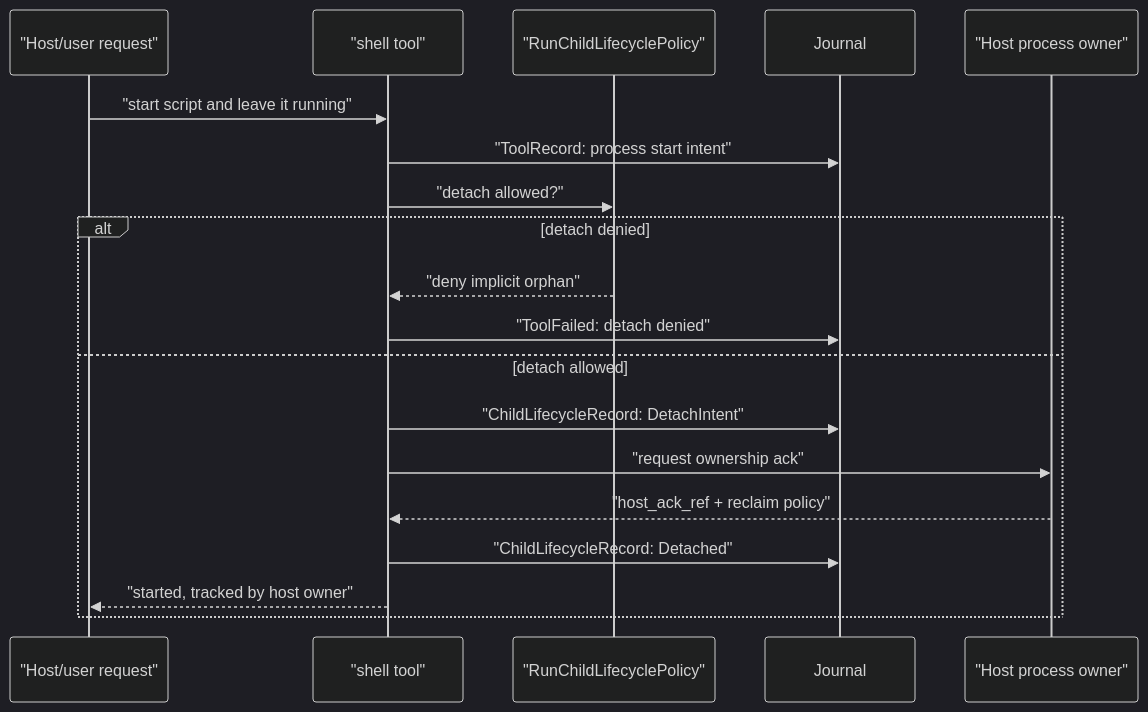
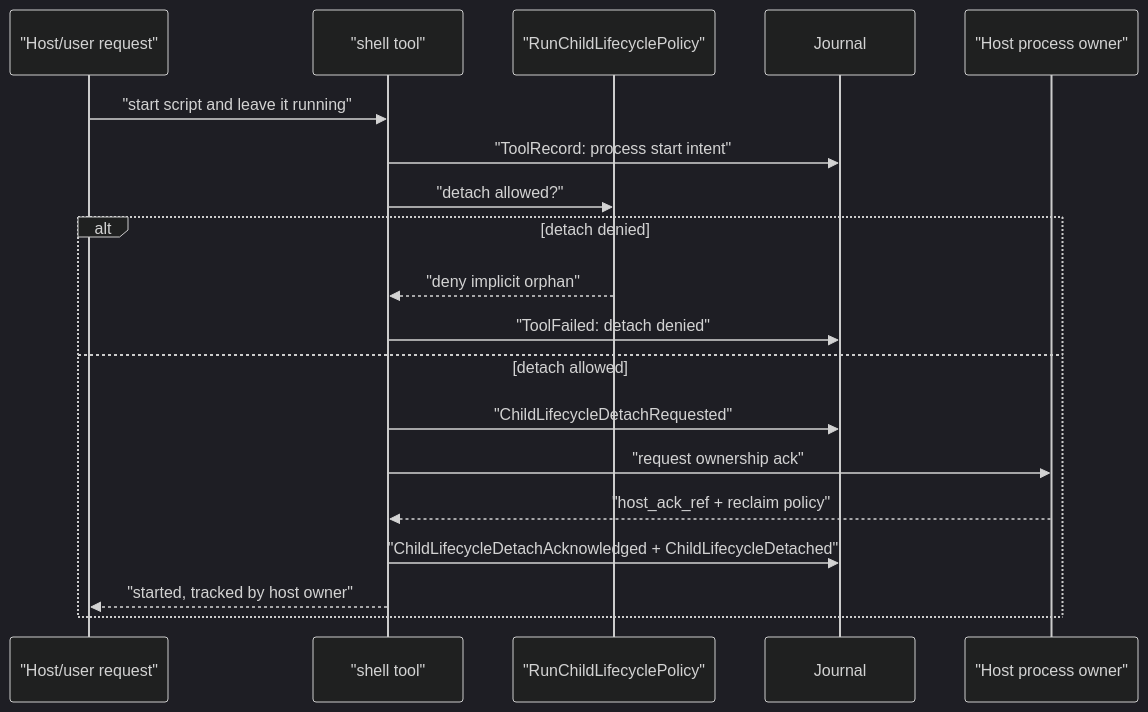
One commit to heyclawdia/clawdia_sdk changed the second of 5 diagrams in docs/examples/tool-pack-isolation-anti-entropy.md. Above: the diagram before and after it, drawn with Mermaid (dark theme). The commit also changed other lines of this file and 14 other files, not shown here.

````diff
--- a/docs/examples/tool-pack-isolation-anti-entropy.md
+++ b/docs/examples/tool-pack-isolation-anti-entropy.md
@@ -48,22 +50,22 @@
 ```mermaid
 sequenceDiagram
   participant User as "Host/user request"
   participant Shell as "shell tool"
   participant Policy as "RunChildLifecyclePolicy"
   participant Journal
   participant Host as "Host process owner"
 
   User->>Shell: "start script and leave it running"
   Shell->>Journal: "ToolRecord: process start intent"
   Shell->>Policy: "detach allowed?"
   alt detach denied
     Policy-->>Shell: "deny implicit orphan"
     Shell->>Journal: "ToolFailed: detach denied"
   else detach allowed
-    Shell->>Journal: "ChildLifecycleRecord: DetachIntent"
+    Shell->>Journal: "ChildLifecycleDetachRequested"
     Shell->>Host: "request ownership ack"
     Host-->>Shell: "host_ack_ref + reclaim policy"
-    Shell->>Journal: "ChildLifecycleRecord: Detached"
+    Shell->>Journal: "ChildLifecycleDetachAcknowledged + ChildLifecycleDetached"
     Shell-->>User: "started, tracked by host owner"
   end
 ```
````
